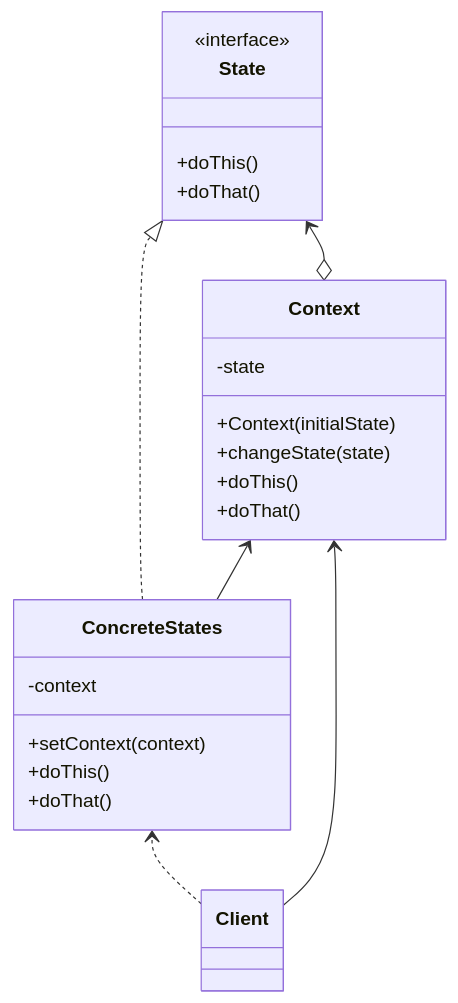
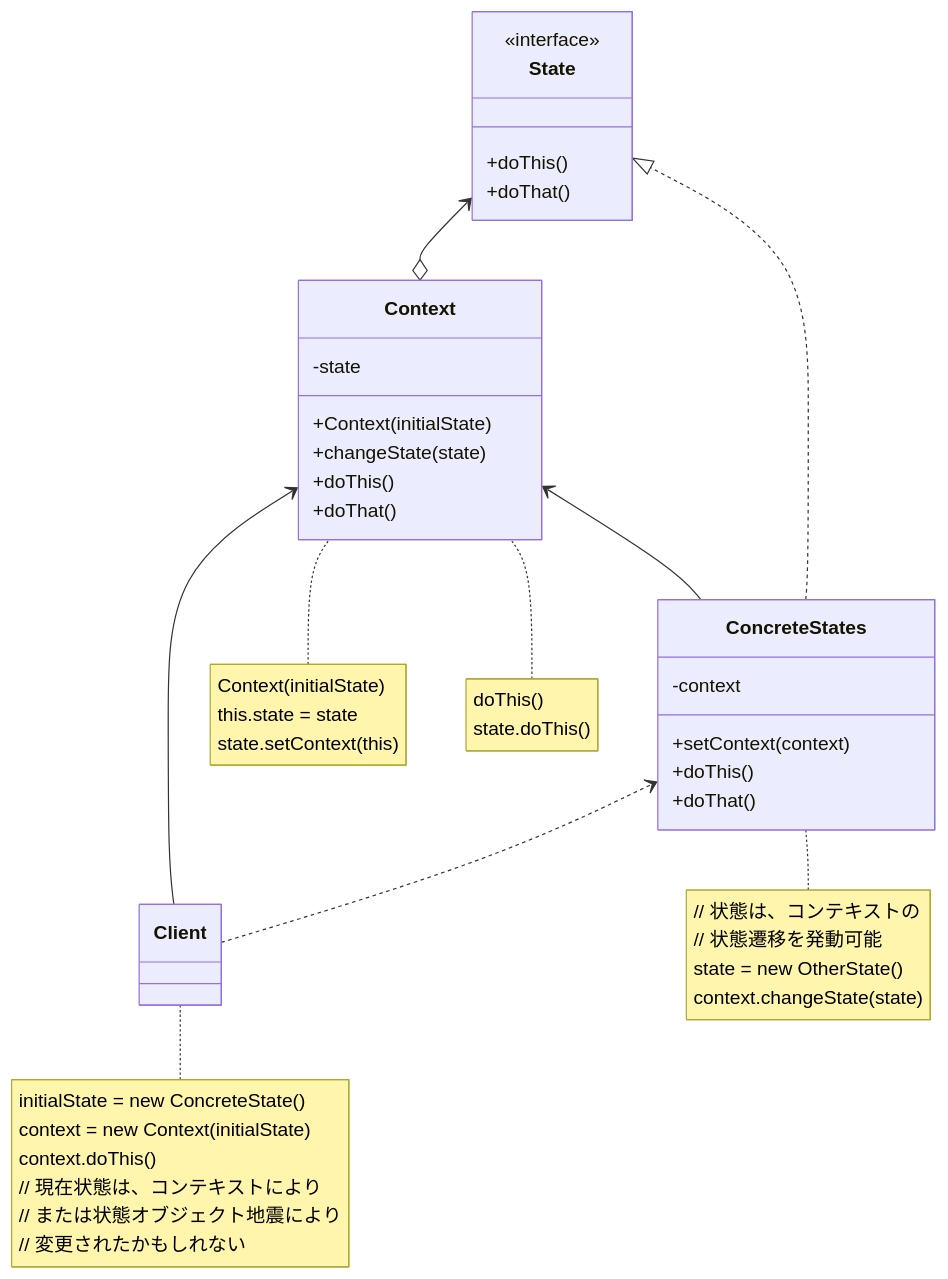
Before and after one commit to natukikazemizo/Sedna1.0: the diagram in docs/classDiaglams/softwareDesignPattern/behavior/state.md, drawn with Mermaid. The commit also changed 6 other files, not shown here.

````diff
--- a/docs/classDiaglams/softwareDesignPattern/behavior/state.md
+++ b/docs/classDiaglams/softwareDesignPattern/behavior/state.md
@@ -1,30 +1,46 @@
 ```mermaid
 classDiagram
   direction BT
   class Context {
       -state
       +Context(initialState)
       +changeState(state)
       +doThis()
       +doThat()
   }
+  note for Context "Context(initialState)
+  this.state = state
+  state.setContext(this)"
+  note for Context "doThis()
+  state.doThis()"
   class State {
       <<interface>>
       +doThis()
       +doThat()
   }
   class ConcreteStates {
       -context
       +setContext(context)
       +doThis()
       +doThat()
   }
+note for ConcreteStates "// 状態は、コンテキストの
+// 状態遷移を発動可能
+state = new OtherState()
+context.changeState(state)"
+
   class Client
+  note for Client "initialState = new ConcreteState()
+  context = new Context(initialState)
+  context.doThis()
+  // 現在状態は、コンテキストにより
+  // または状態オブジェクト地震により
+  // 変更されたかもしれない"
 
   Context o--> State
   ConcreteStates ..|> State
   ConcreteStates --> Context
   Client ..> ConcreteStates
   Client --> Context
 
 ```
````
